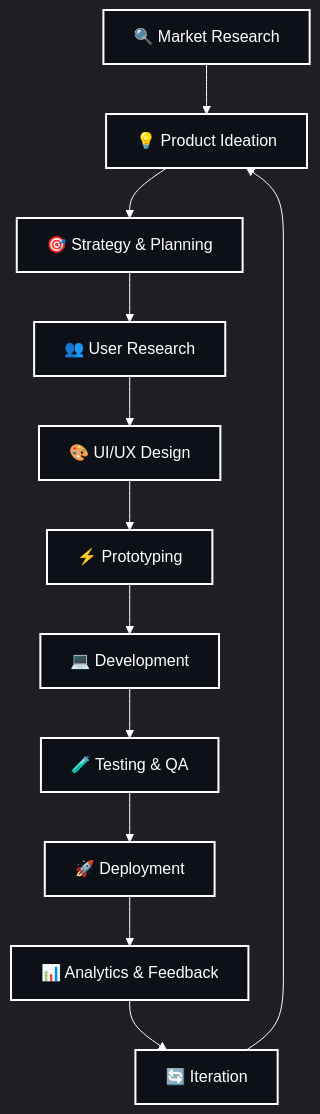
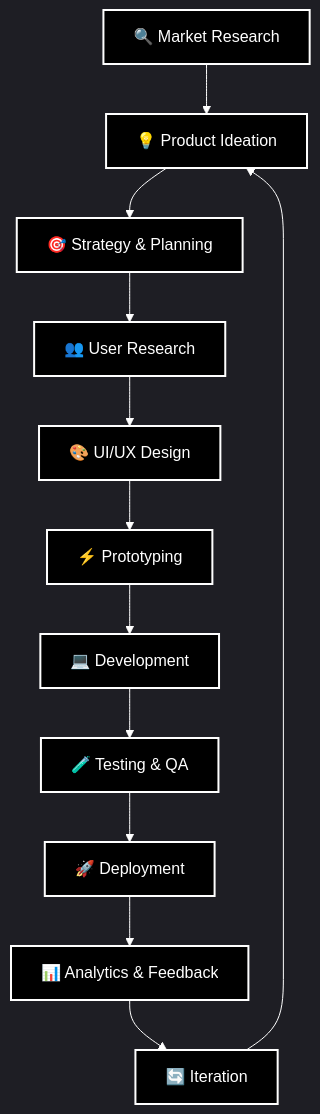
Before and after one commit to ayushahire565/ayushahire565: the diagram in README.md, drawn with Mermaid. The commit also changed other lines of this file, not shown here.

````diff
--- a/README.md
+++ b/README.md
@@ -199,28 +175,28 @@
 ```mermaid
-%%{init: {'theme':'dark', 'themeVariables': {'primaryColor': '#ffffff', 'primaryTextColor': '#000000', 'primaryBorderColor': '#ffffff', 'lineColor': '#ffffff', 'sectionBkgColor': '#0d1117', 'altSectionBkgColor': '#161b22', 'gridColor': '#21262d', 'tertiaryColor': '#21262d', 'background': '#0d1117', 'mainBkg': '#0d1117', 'secondBkg': '#161b22'}}}%%
+%%{init: {'theme':'dark', 'themeVariables': {'primaryColor': '#ffffff', 'primaryTextColor': '#000000', 'primaryBorderColor': '#ffffff', 'lineColor': '#ffffff', 'sectionBkgColor': '#000000', 'altSectionBkgColor': '#000000', 'gridColor': '#ffffff', 'tertiaryColor': '#000000', 'background': '#000000', 'mainBkg': '#000000', 'secondBkg': '#000000'}}}%%
 
 flowchart TD
     A[🔍 Market Research] --> B[💡 Product Ideation]
     B --> C[🎯 Strategy & Planning]
     C --> D[👥 User Research]
     D --> E[🎨 UI/UX Design]
     E --> F[⚡ Prototyping]
     F --> G[💻 Development]
     G --> H[🧪 Testing & QA]
     H --> I[🚀 Deployment]
     I --> J[📊 Analytics & Feedback]
     J --> K[🔄 Iteration]
     K --> B
     
-    style A fill:#0d1117,stroke:#ffffff,stroke-width:2px,color:#ffffff
-    style B fill:#0d1117,stroke:#ffffff,stroke-width:2px,color:#ffffff
-    style C fill:#0d1117,stroke:#ffffff,stroke-width:2px,color:#ffffff
-    style D fill:#0d1117,stroke:#ffffff,stroke-width:2px,color:#ffffff
-    style E fill:#0d1117,stroke:#ffffff,stroke-width:2px,color:#ffffff
-    style F fill:#0d1117,stroke:#ffffff,stroke-width:2px,color:#ffffff
-    style G fill:#0d1117,stroke:#ffffff,stroke-width:2px,color:#ffffff
-    style H fill:#0d1117,stroke:#ffffff,stroke-width:2px,color:#ffffff
-    style I fill:#0d1117,stroke:#ffffff,stroke-width:2px,color:#ffffff
-    style J fill:#0d1117,stroke:#ffffff,stroke-width:2px,color:#ffffff
-    style K fill:#0d1117,stroke:#ffffff,stroke-width:2px,color:#ffffff
+    style A fill:#000000,stroke:#ffffff,stroke-width:2px,color:#ffffff
+    style B fill:#000000,stroke:#ffffff,stroke-width:2px,color:#ffffff
+    style C fill:#000000,stroke:#ffffff,stroke-width:2px,color:#ffffff
+    style D fill:#000000,stroke:#ffffff,stroke-width:2px,color:#ffffff
+    style E fill:#000000,stroke:#ffffff,stroke-width:2px,color:#ffffff
+    style F fill:#000000,stroke:#ffffff,stroke-width:2px,color:#ffffff
+    style G fill:#000000,stroke:#ffffff,stroke-width:2px,color:#ffffff
+    style H fill:#000000,stroke:#ffffff,stroke-width:2px,color:#ffffff
+    style I fill:#000000,stroke:#ffffff,stroke-width:2px,color:#ffffff
+    style J fill:#000000,stroke:#ffffff,stroke-width:2px,color:#ffffff
+    style K fill:#000000,stroke:#ffffff,stroke-width:2px,color:#ffffff
 ```
````
